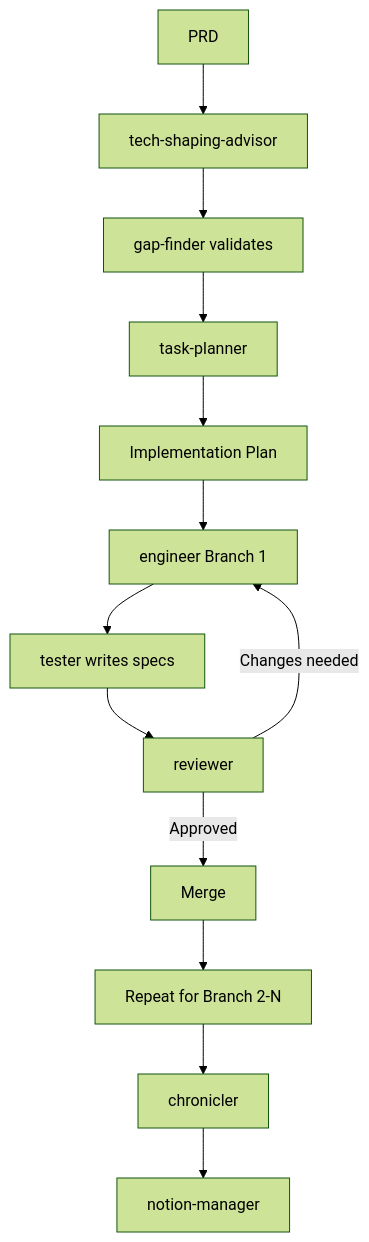
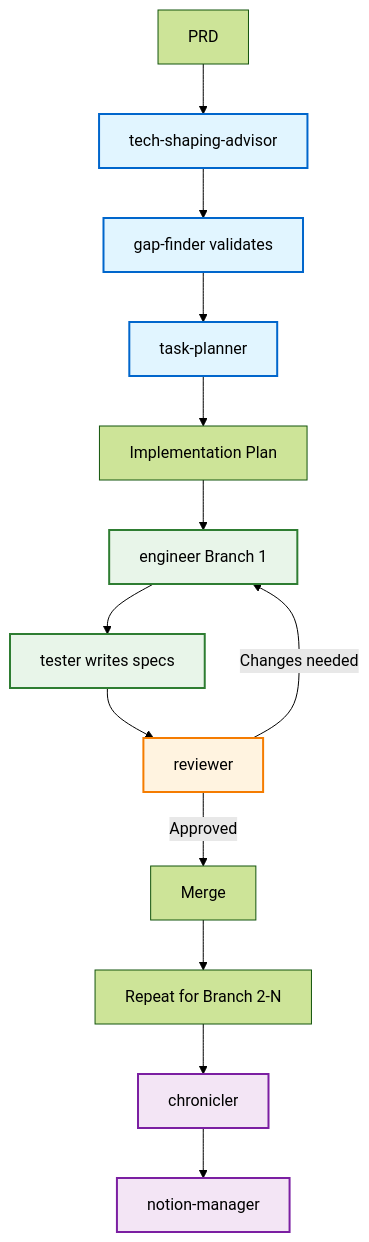
One commit to andymai/claude-agent-team changed the diagram in README.md. Above: the diagram before and after it, drawn with Mermaid (forest theme).

Commit message:
Add color coding to Mermaid workflow diagram
- Blue: Planning phase (tech-shaping-advisor, gap-finder, task-planner)
- Green: Implementation phase (engineer, tester)
- Orange: Review phase (reviewer)
- Purple: Documentation phase (chronicler, notion-manager)

````diff
--- a/README.md
+++ b/README.md
@@ -87,15 +87,25 @@
 ```mermaid
 graph TD
     A[PRD] --> B[tech-shaping-advisor]
     B --> C[gap-finder validates]
     C --> D[task-planner]
     D --> E[Implementation Plan]
     E --> F[engineer Branch 1]
     F --> G[tester writes specs]
     G --> H[reviewer]
     H -->|Changes needed| F
     H -->|Approved| I[Merge]
     I --> J[Repeat for Branch 2-N]
     J --> K[chronicler]
     K --> L[notion-manager]
+
+    classDef planning fill:#e1f5ff,stroke:#0066cc,stroke-width:2px
+    classDef implementing fill:#e8f5e9,stroke:#2e7d32,stroke-width:2px
+    classDef reviewing fill:#fff3e0,stroke:#f57c00,stroke-width:2px
+    classDef documenting fill:#f3e5f5,stroke:#7b1fa2,stroke-width:2px
+
+    class B,C,D planning
+    class F,G implementing
+    class H reviewing
+    class K,L documenting
 ```
````
